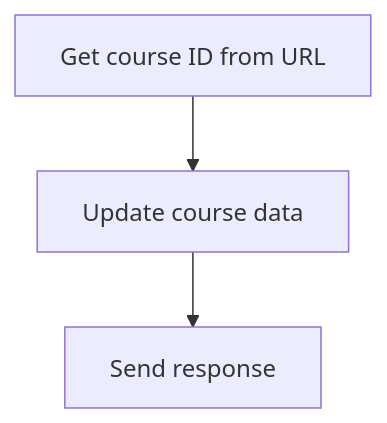
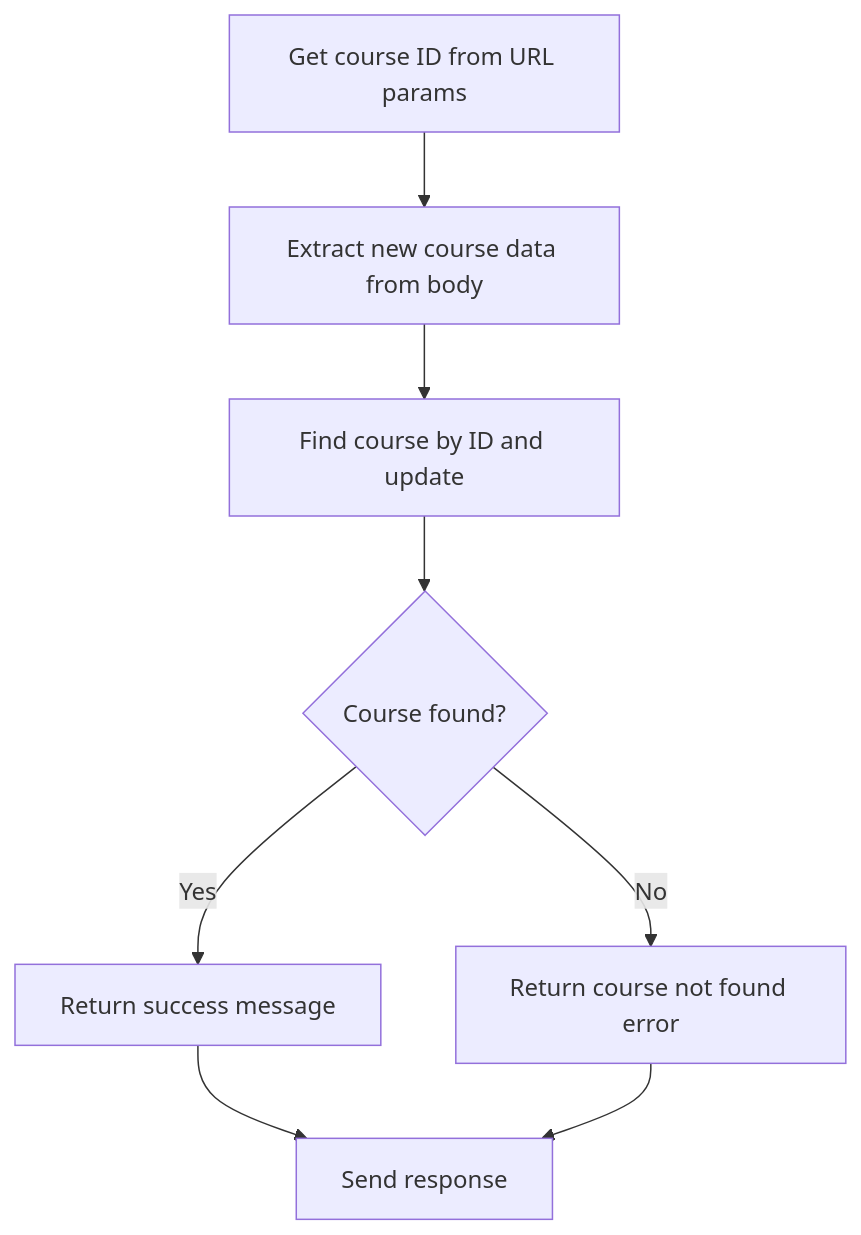
Before and after one commit to thehiten/node-js-code: the sixth of 11 diagrams in README.md, drawn with Mermaid. The commit also changed other lines of this file, not shown here.

````diff
--- a/README.md
+++ b/README.md
@@ -190,5 +190,10 @@
 ```mermaid
 graph TD
-    A[Get course ID from URL] --> B[Update course data]
-    B --> C[Send response]
+    A[Get course ID from URL params] --> B[Extract new course data from body]
+    B --> C[Find course by ID and update]
+    C --> D{Course found?}
+    D -->|Yes| E[Return success message]
+    D -->|No| F[Return course not found error]
+    E --> G[Send response]
+    F --> G
 ```
````
